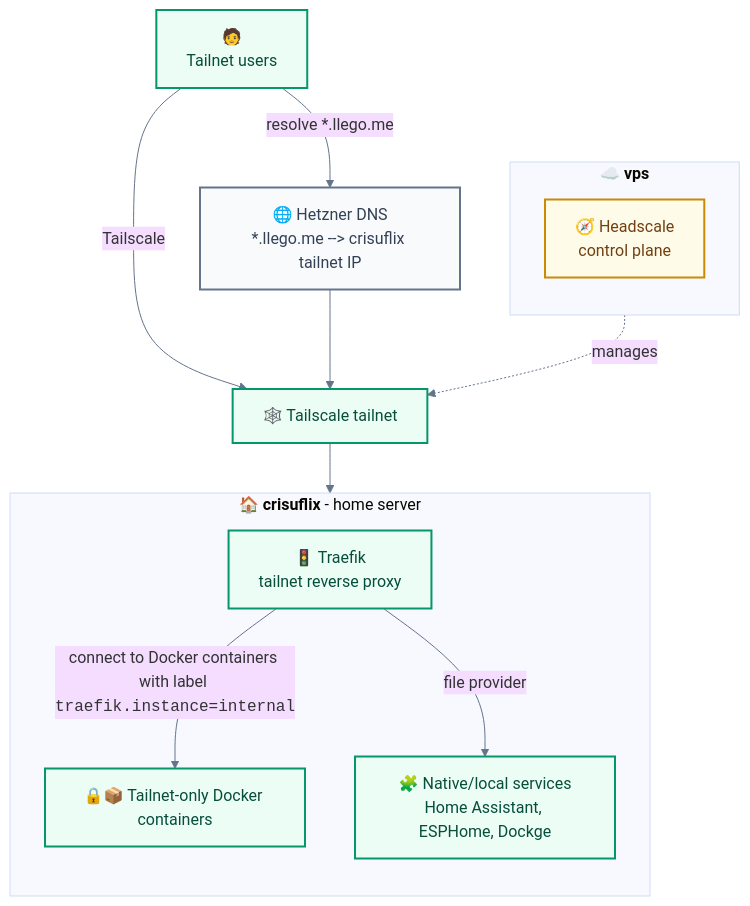
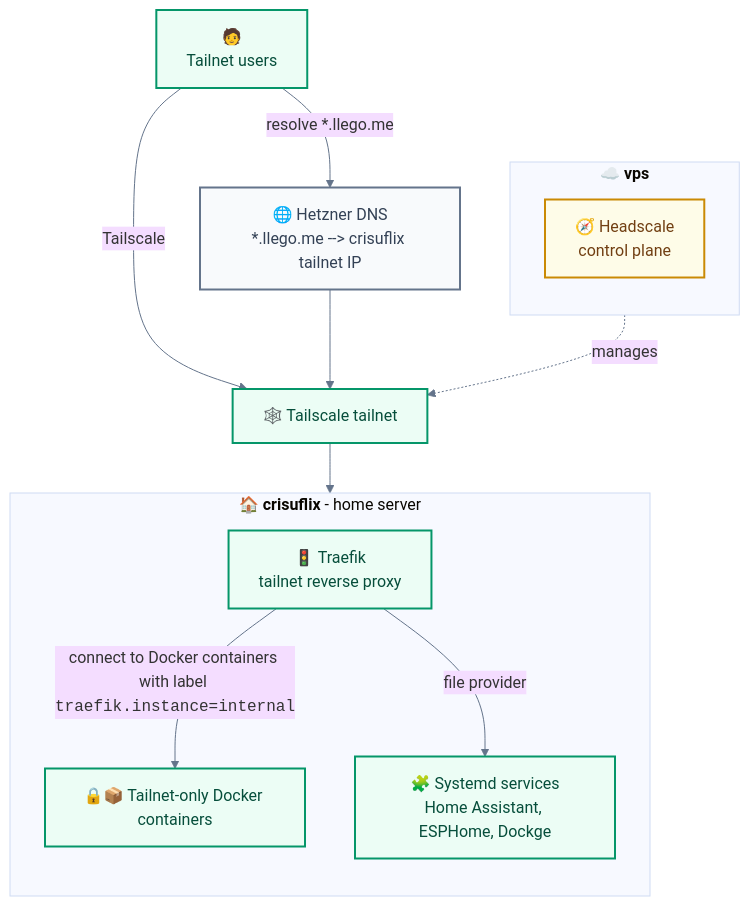
One commit to llego/nixconfig changed the second of 2 diagrams in README.md. Above: the diagram before and after it, drawn with Mermaid. The commit also changed other lines of this file, not shown here.

````diff
--- a/README.md
+++ b/README.md
@@ -74,31 +74,31 @@
 ```mermaid
 %%{init: {"theme": "base", "themeVariables": {"fontFamily": "ui-sans-serif, system-ui, sans-serif", "primaryBorderColor": "#64748b", "lineColor": "#64748b"}}}%%
 flowchart TB
   classDef tailnet fill:#ecfdf5,stroke:#059669,color:#064e3b,stroke-width:2px
   classDef dns fill:#f8fafc,stroke:#64748b,color:#334155,stroke-width:2px
   classDef control fill:#fefce8,stroke:#ca8a04,color:#713f12,stroke-width:2px
 
   subgraph TailnetVPS["☁️ <strong>vps</strong>"]
     direction TB
     Headscale["🧭 Headscale<br/>control plane"]
   end
 
   subgraph TailnetCrisuflix["🏠 <strong>crisuflix</strong> - home server"]
     direction TB
     LocalTraefik["🚦 Traefik <br/> tailnet reverse proxy"]
     InternalContainers["🔒📦 Tailnet-only Docker containers"]
-    InternalLocalServices["🧩 Native/local services<br/>Home Assistant, ESPHome, Dockge"]
+    InternalLocalServices["🧩 Systemd services<br/>Home Assistant, ESPHome, Dockge"]
   end
 
   TailnetUsers["🧑<br/>Tailnet users"] -->|resolve *.llego.me| HetznerDNS["🌐 Hetzner DNS<br/>*.llego.me --> crisuflix tailnet IP"]
   TailnetUsers -->|Tailscale| Tailnet["🕸️ Tailscale tailnet"]
   HetznerDNS --> Tailnet
   Headscale -. manages .-> Tailnet
   Tailnet --> LocalTraefik
   LocalTraefik -->|connect to Docker containers with label <code>traefik.instance=internal</code>| InternalContainers
   LocalTraefik -->|file provider| InternalLocalServices
 
   class TailnetUsers,Tailnet,LocalTraefik,InternalContainers,InternalLocalServices,TailnetDNS tailnet
   class HetznerDNS dns
   class Headscale control
 ```
````
